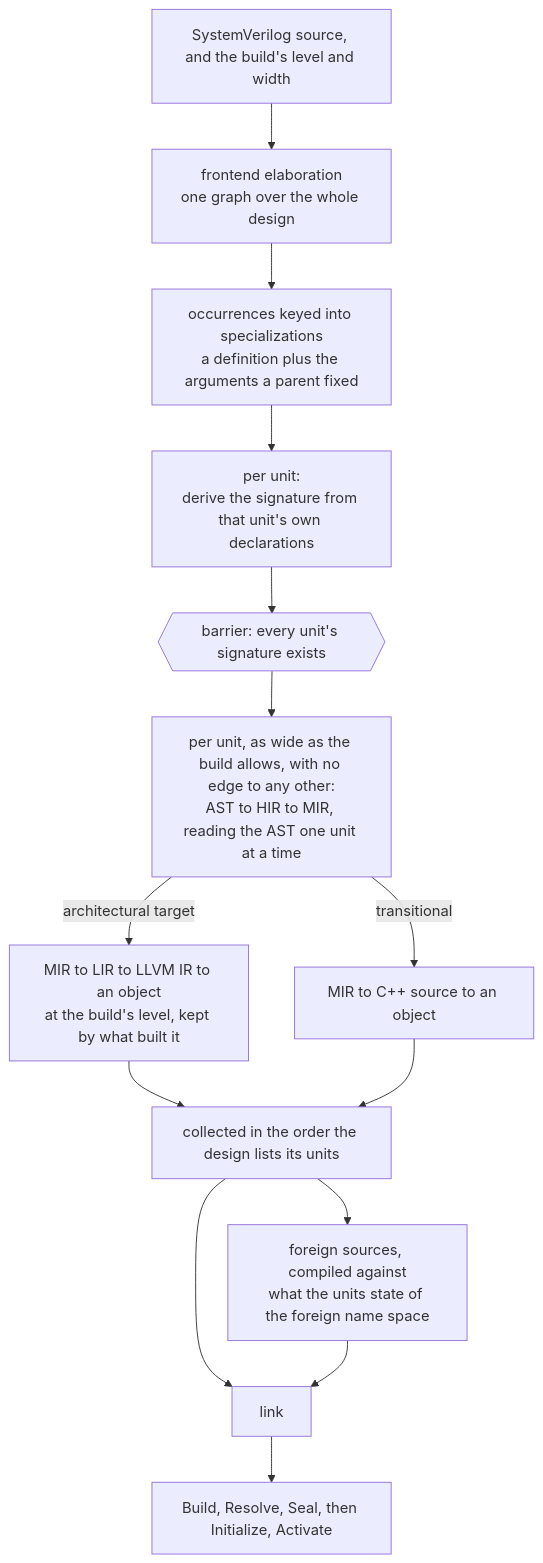
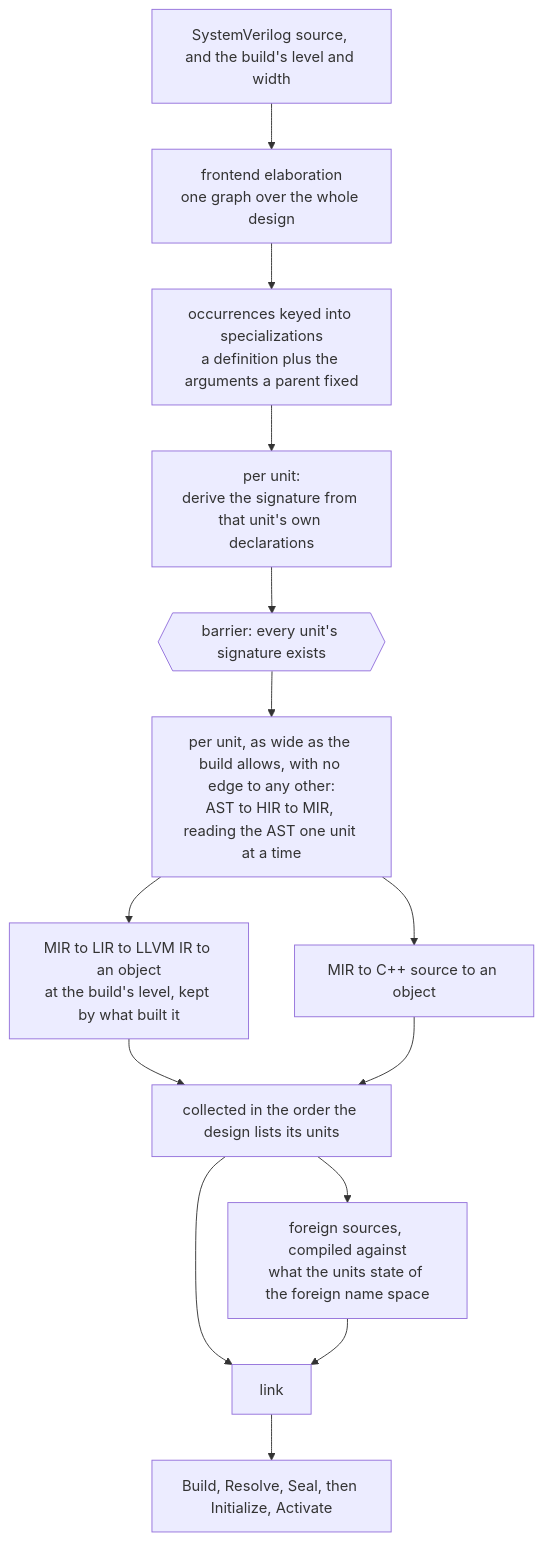
One commit to hankhsu1996/lyra changed the diagram in docs/architecture/compiler_overview.md. Above: the diagram before and after it, drawn with Mermaid. The commit also changed other lines of this file and 214 other files, not shown here.

````diff
--- a/docs/architecture/compiler_overview.md
+++ b/docs/architecture/compiler_overview.md
@@ -45,18 +43,18 @@
 ```mermaid
 flowchart TB
   SRC["SystemVerilog source, and the build's level and width"] --> FE["frontend elaboration<br/>one graph over the whole design"]
   FE --> SP["occurrences keyed into specializations<br/>a definition plus the arguments a parent fixed"]
 
   SP --> D["per unit:<br/>derive the signature from that unit's own declarations"]
   D --> BAR{{"barrier: every unit's signature exists"}}
 
   BAR --> U["per unit, as wide as the build allows, with no edge to any other:<br/>AST to HIR to MIR, reading the AST one unit at a time"]
-  U -->|"architectural target"| LIR["MIR to LIR to LLVM IR to an object<br/>at the build's level, kept by what built it"]
-  U -->|"transitional"| CPP["MIR to C++ source to an object"]
+  U --> LIR["MIR to LIR to LLVM IR to an object<br/>at the build's level, kept by what built it"]
+  U --> CPP["MIR to C++ source to an object"]
   LIR --> COL["collected in the order the design lists its units"]
   CPP --> COL
   COL --> FGN["foreign sources, compiled against<br/>what the units state of the foreign name space"]
   COL --> LNK["link"]
   FGN --> LNK
   LNK --> RUN["Build, Resolve, Seal, then Initialize, Activate"]
 ```
````
